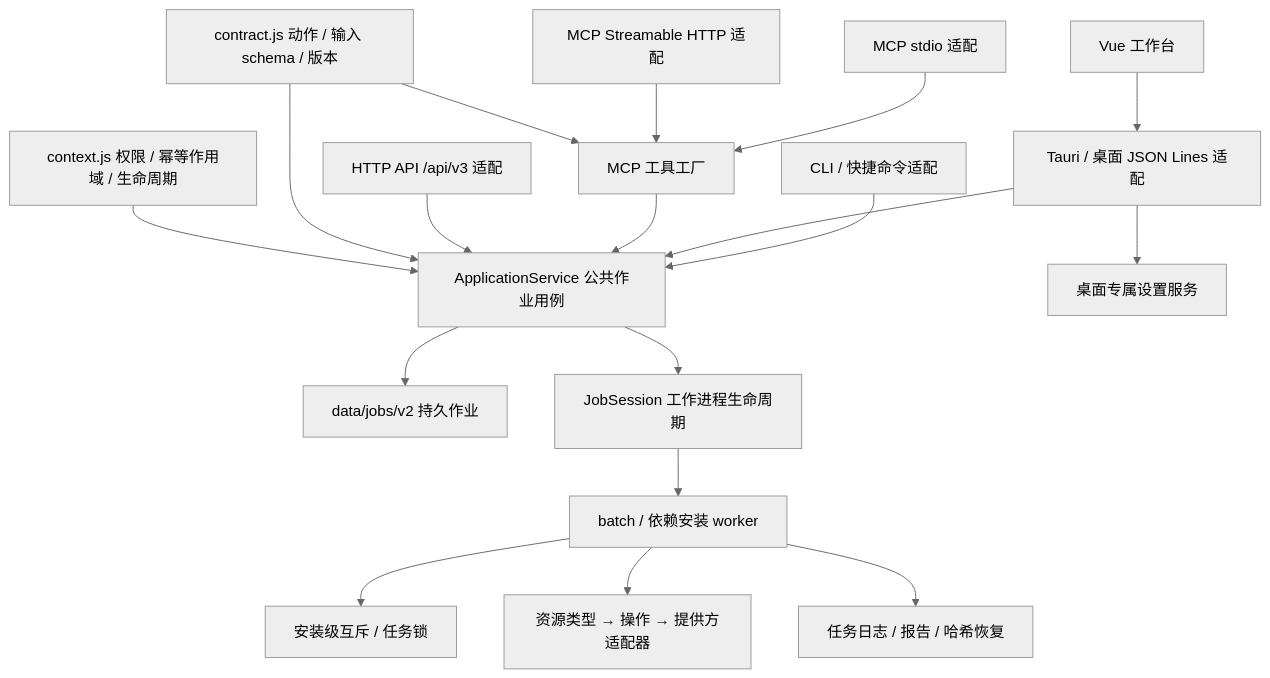
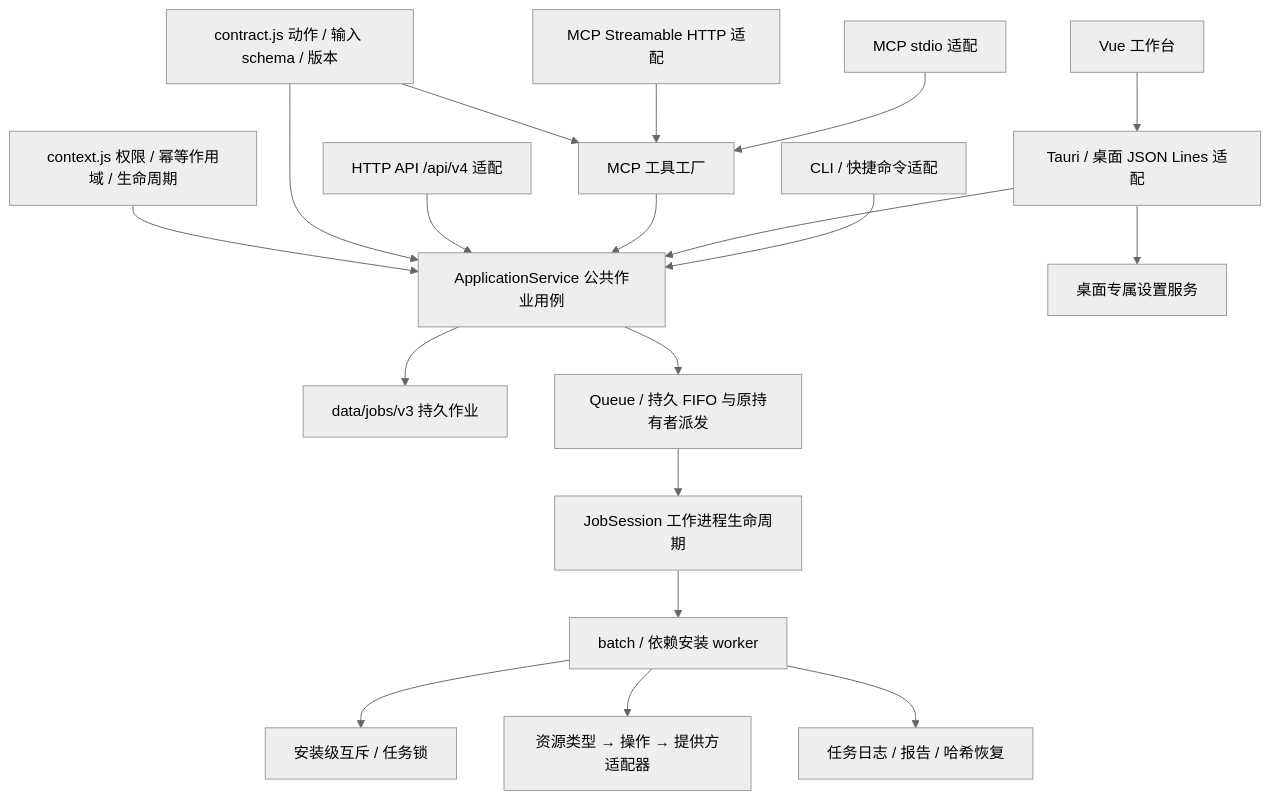
Before and after one commit to ISQIShI/AssetToolbox: the diagram in docs/architecture/application.md, drawn with Mermaid (neutral theme). The commit also changed other lines of this file and 46 other files, not shown here.

````diff
--- a/docs/architecture/application.md
+++ b/docs/architecture/application.md
@@ -7,20 +7,21 @@
 ```mermaid
 flowchart TD
     UI[Vue 工作台] --> Native[Tauri / 桌面 JSON Lines 适配]
     CLI[CLI / 快捷命令适配] --> App[ApplicationService 公共作业用例]
     Native --> App
     Stdio[MCP stdio 适配] --> Tools[MCP 工具工厂]
     Stream[MCP Streamable HTTP 适配] --> Tools
     Tools --> App
-    HTTP[HTTP API /api/v3 适配] --> App
+    HTTP[HTTP API /api/v4 适配] --> App
     Contract[contract.js 动作 / 输入 schema / 版本] --> App
     Contract --> Tools
     Context[context.js 权限 / 幂等作用域 / 生命周期] --> App
-    App --> Store[data/jobs/v2 持久作业]
-    App --> Session[JobSession 工作进程生命周期]
+    App --> Store[data/jobs/v3 持久作业]
+    App --> Queue[Queue / 持久 FIFO 与原持有者派发]
+    Queue --> Session[JobSession 工作进程生命周期]
     Session --> Worker[batch / 依赖安装 worker]
     Worker --> Lock[安装级互斥 / 任务锁]
     Worker --> Engine[资源类型 → 操作 → 提供方适配器]
     Worker --> Recovery[任务日志 / 报告 / 哈希恢复]
     Native --> Settings[桌面专属设置服务]
 ```
````
